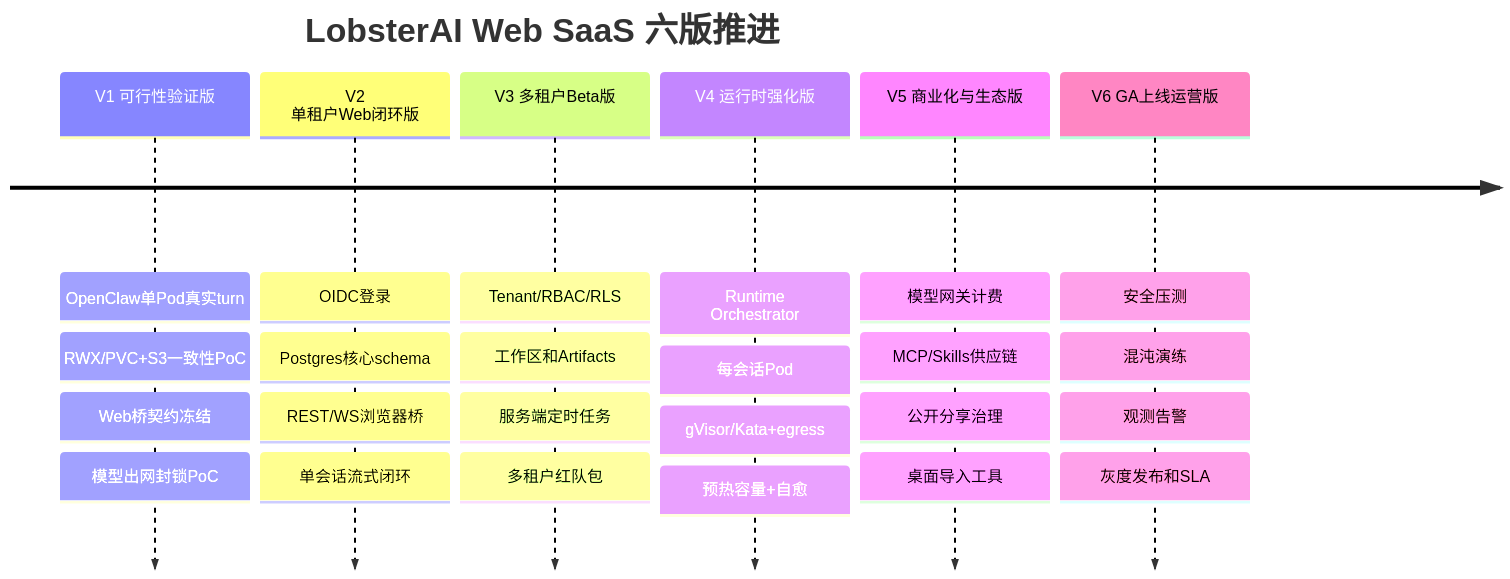
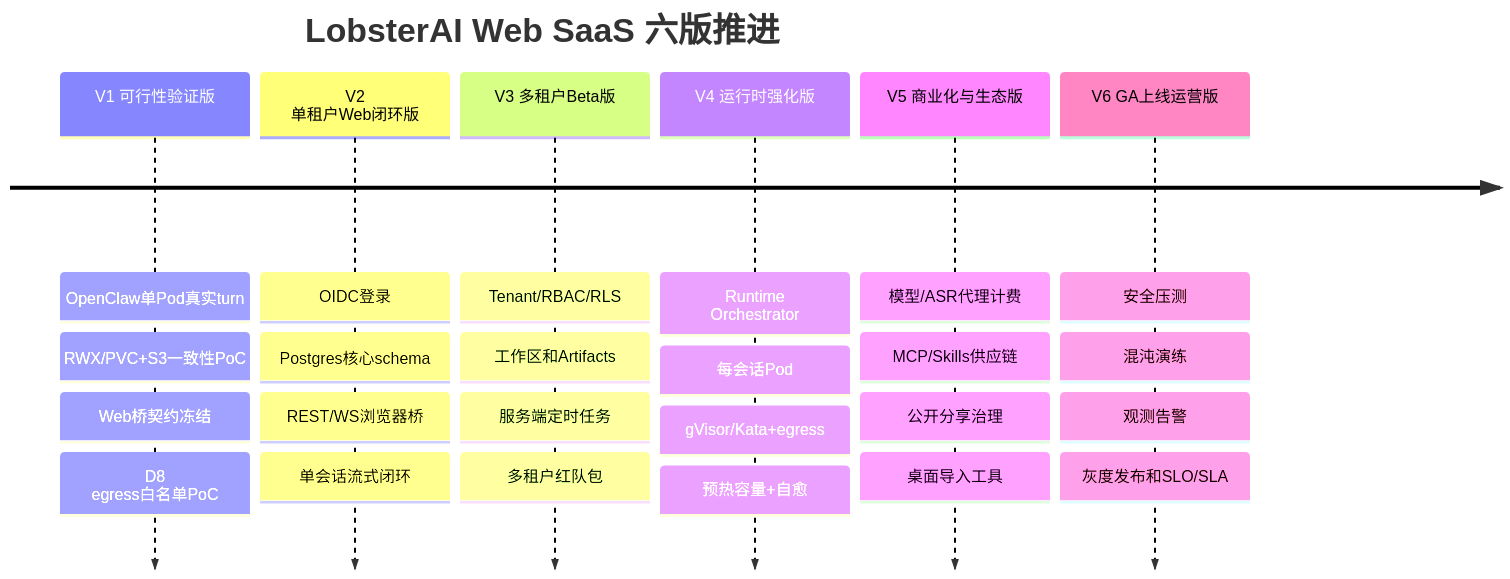
One commit to edward-ng-duke/LobsterAI changed the first of 3 diagrams in 改造计划/17-分阶段路线图与工作量估算.md. Above: the diagram before and after it, drawn with Mermaid. The commit also changed other lines of this file and 27 other files, not shown here.

````diff
--- a/改造计划/17-分阶段路线图与工作量估算.md
+++ b/改造计划/17-分阶段路线图与工作量估算.md
@@ -44,10 +45,10 @@
 ```mermaid
 timeline
   title LobsterAI Web SaaS 六版推进
-  V1 可行性验证版 : OpenClaw单Pod真实turn : RWX/PVC+S3一致性PoC : Web桥契约冻结 : 模型出网封锁PoC
+  V1 可行性验证版 : OpenClaw单Pod真实turn : RWX/PVC+S3一致性PoC : Web桥契约冻结 : D8 egress白名单PoC
   V2 单租户Web闭环版 : OIDC登录 : Postgres核心schema : REST/WS浏览器桥 : 单会话流式闭环
   V3 多租户Beta版 : Tenant/RBAC/RLS : 工作区和Artifacts : 服务端定时任务 : 多租户红队包
   V4 运行时强化版 : Runtime Orchestrator : 每会话Pod : gVisor/Kata+egress : 预热容量+自愈
-  V5 商业化与生态版 : 模型网关计费 : MCP/Skills供应链 : 公开分享治理 : 桌面导入工具
-  V6 GA上线运营版 : 安全压测 : 混沌演练 : 观测告警 : 灰度发布和SLA
+  V5 商业化与生态版 : 模型/ASR代理计费 : MCP/Skills供应链 : 公开分享治理 : 桌面导入工具
+  V6 GA上线运营版 : 安全压测 : 混沌演练 : 观测告警 : 灰度发布和SLO/SLA
 ```
````
